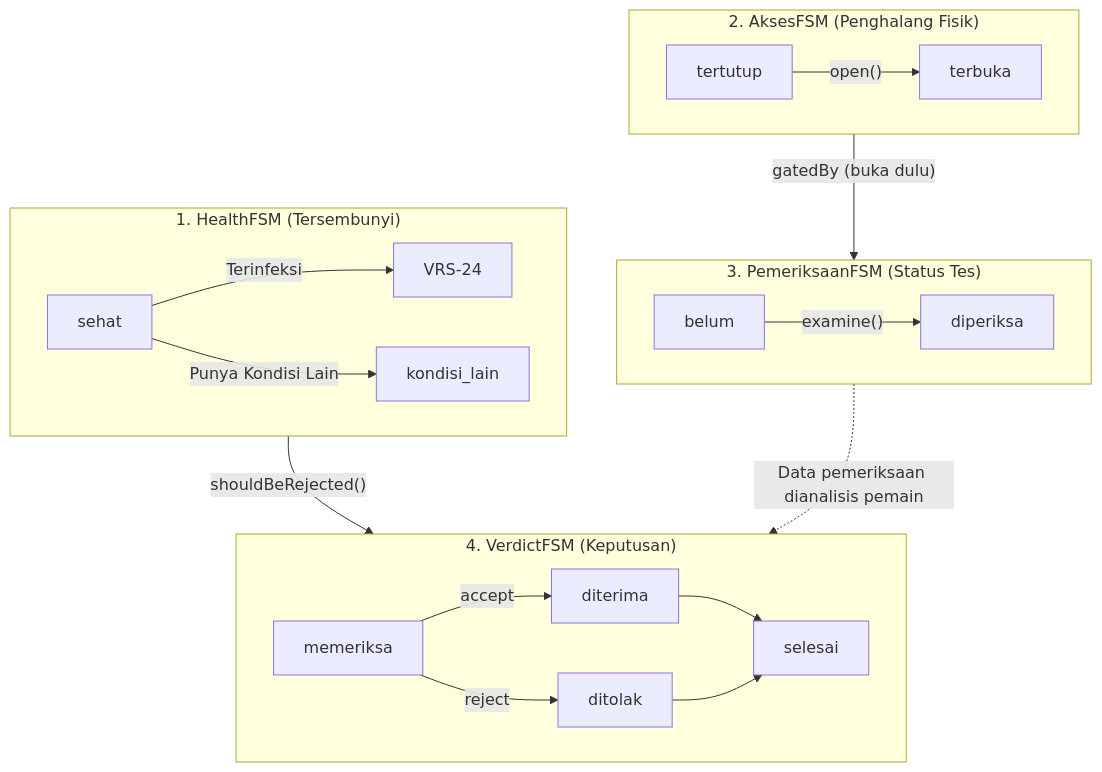
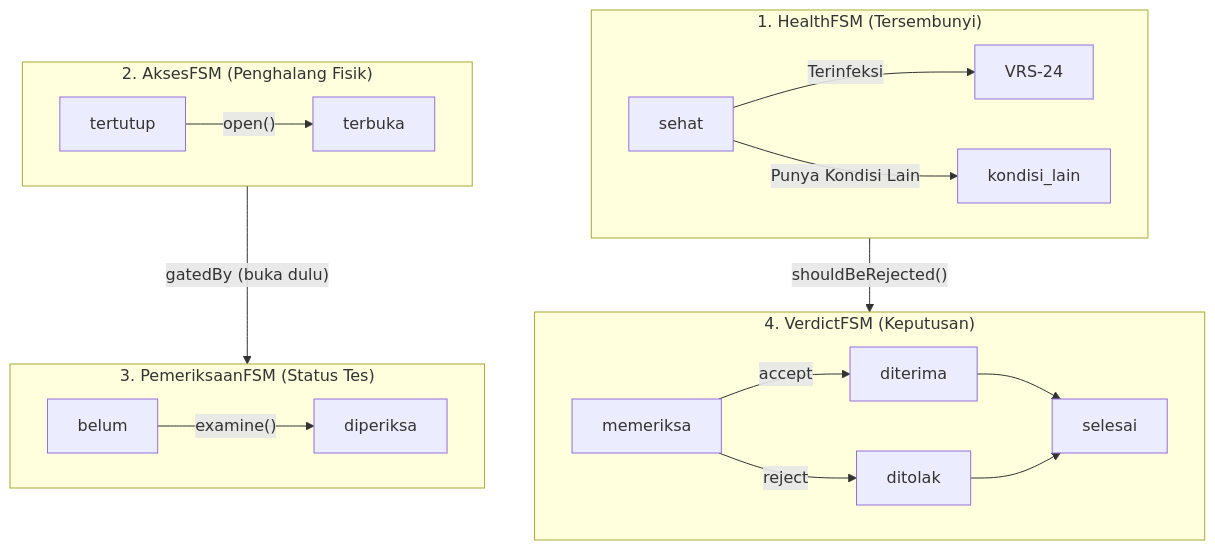
Before and after one commit to windanafifiq/please-let-me-in: the diagram in README.md, drawn with Mermaid.

Commit message:
nambahin readme

````diff
--- a/README.md
+++ b/README.md
@@ -41,27 +41,26 @@
 ```mermaid
 graph TD
     subgraph HealthFSM ["1. HealthFSM (Tersembunyi)"]
         H_sehat[sehat]
         H_sehat -->|Terinfeksi| H_cacar[VRS-24]
         H_sehat -->|Punya Kondisi Lain| H_kondisi[kondisi_lain]
     end
 
     subgraph AksesFSM ["2. AksesFSM (Penghalang Fisik)"]
         A_tertutup[tertutup] -->|"open()"| A_terbuka[terbuka]
     end
 
     subgraph PemeriksaanFSM ["3. PemeriksaanFSM (Status Tes)"]
         P_belum[belum] -->|"examine()"| P_diperiksa[diperiksa]
     end
 
     subgraph VerdictFSM ["4. VerdictFSM (Keputusan)"]
         V_memeriksa[memeriksa] -->|accept| V_diterima[diterima]
         V_memeriksa -->|reject| V_ditolak[ditolak]
         V_diterima --> V_selesai[selesai]
         V_ditolak --> V_selesai[selesai]
     end
 
     AksesFSM -->|"gatedBy (buka dulu)"| PemeriksaanFSM
     HealthFSM -->|"shouldBeRejected()"| VerdictFSM
-    PemeriksaanFSM -.->|"Data pemeriksaan dianalisis pemain"| VerdictFSM
 ```
````
